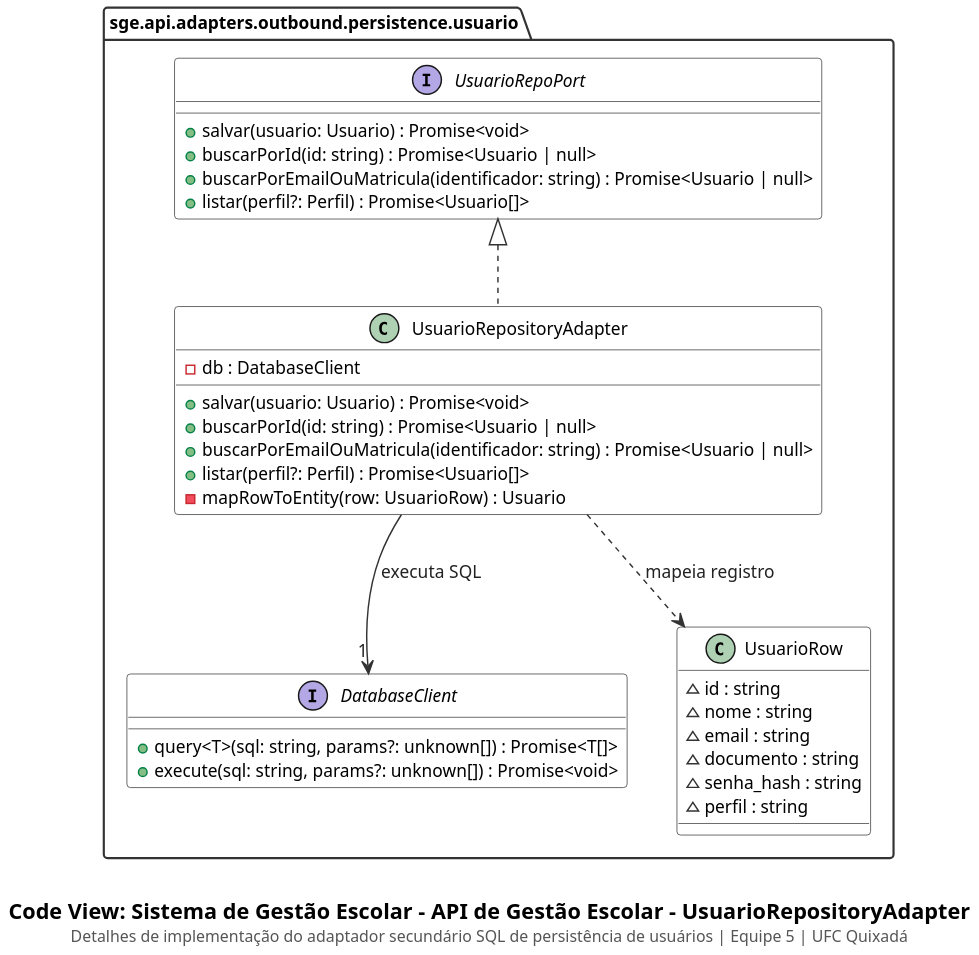
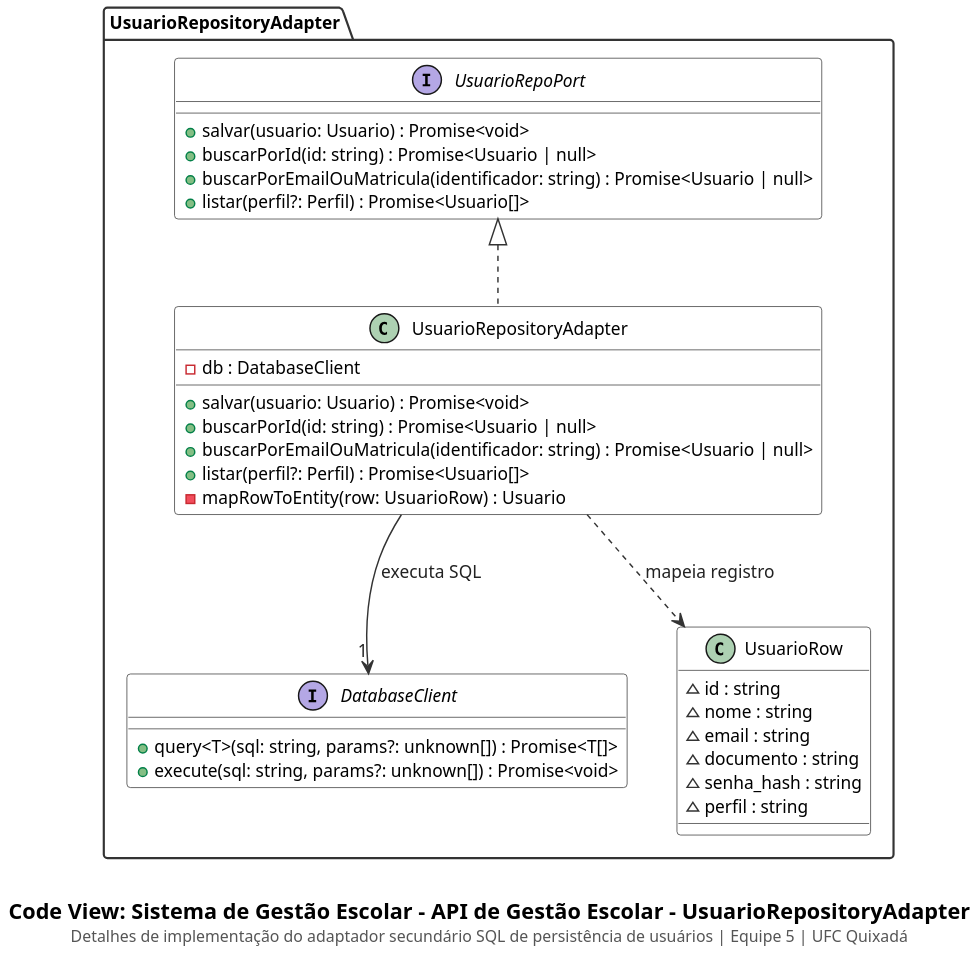
Before and after one commit to cicerocarnauba/sistema-gestao-escolar: the diagram in docs/code/usuario-repository-adapter.puml, drawn with PlantUML. The commit also changed 14 other files, not shown here.

```diff
--- a/docs/code/usuario-repository-adapter.puml
+++ b/docs/code/usuario-repository-adapter.puml
@@ -1,57 +1,57 @@
 @startuml
 set separator none
 top to bottom direction
 skinparam backgroundColor #FFFFFF
 skinparam shadowing false
 skinparam dpi 180
 skinparam defaultFontName "SansSerif"
 skinparam defaultFontSize 12
 skinparam packageStyle folder
 skinparam packageBackgroundColor #FFFFFF
 skinparam packageBorderColor #333333
 skinparam packageFontStyle bold
 skinparam classBackgroundColor #FFFFFF
 skinparam classHeaderBackgroundColor #FFFFFF
 skinparam classBorderColor #333333
 skinparam arrowColor #333333
 skinparam arrowFontColor #222222
 skinparam noteBackgroundColor #FAFAFA
 skinparam noteBorderColor #666666
 
-package "sge.api.adapters.outbound.persistence.usuario" {
+package "UsuarioRepositoryAdapter" as pkg_usuario_repository_adapter {
     interface UsuarioRepoPort {
         + salvar(usuario: Usuario) : Promise<void>
         + buscarPorId(id: string) : Promise<Usuario | null>
         + buscarPorEmailOuMatricula(identificador: string) : Promise<Usuario | null>
         + listar(perfil?: Perfil) : Promise<Usuario[]>
     }
 
     class UsuarioRepositoryAdapter implements UsuarioRepoPort {
         - db : DatabaseClient
         + salvar(usuario: Usuario) : Promise<void>
         + buscarPorId(id: string) : Promise<Usuario | null>
         + buscarPorEmailOuMatricula(identificador: string) : Promise<Usuario | null>
         + listar(perfil?: Perfil) : Promise<Usuario[]>
         - mapRowToEntity(row: UsuarioRow) : Usuario
     }
 
     interface DatabaseClient {
         + query<T>(sql: string, params?: unknown[]) : Promise<T[]>
         + execute(sql: string, params?: unknown[]) : Promise<void>
     }
 
     class UsuarioRow {
         ~ id : string
         ~ nome : string
         ~ email : string
         ~ documento : string
         ~ senha_hash : string
         ~ perfil : string
     }
 
     UsuarioRepositoryAdapter --> "1" DatabaseClient : executa SQL
     UsuarioRepositoryAdapter ..> UsuarioRow : mapeia registro
 }
 
 caption \n<size:15><b>Code View: Sistema de Gestão Escolar - API de Gestão Escolar - UsuarioRepositoryAdapter</b></size>\n<size:11><color:#555555>Detalhes de implementação do adaptador secundário SQL de persistência de usuários | Equipe 5 | UFC Quixadá</color></size>
 @enduml
```
